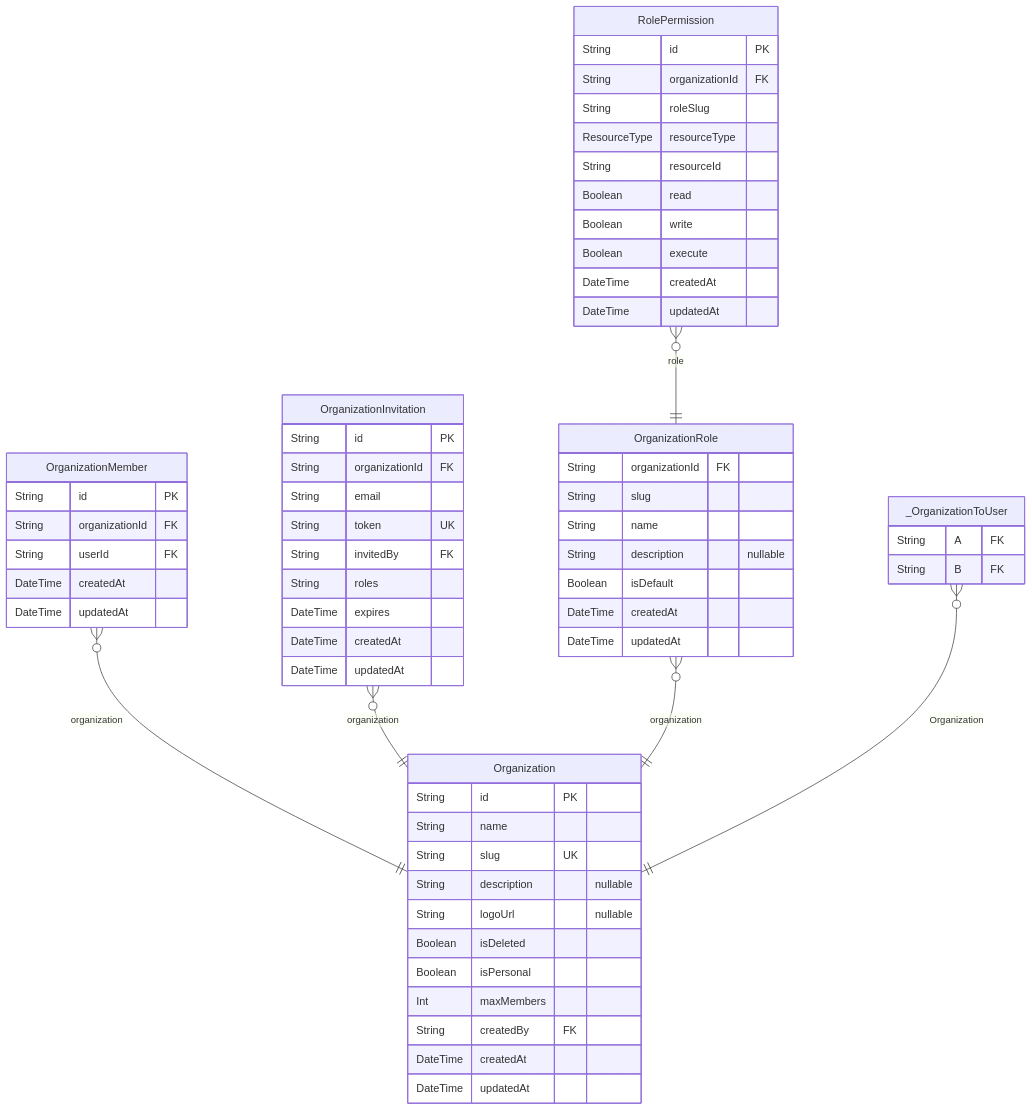
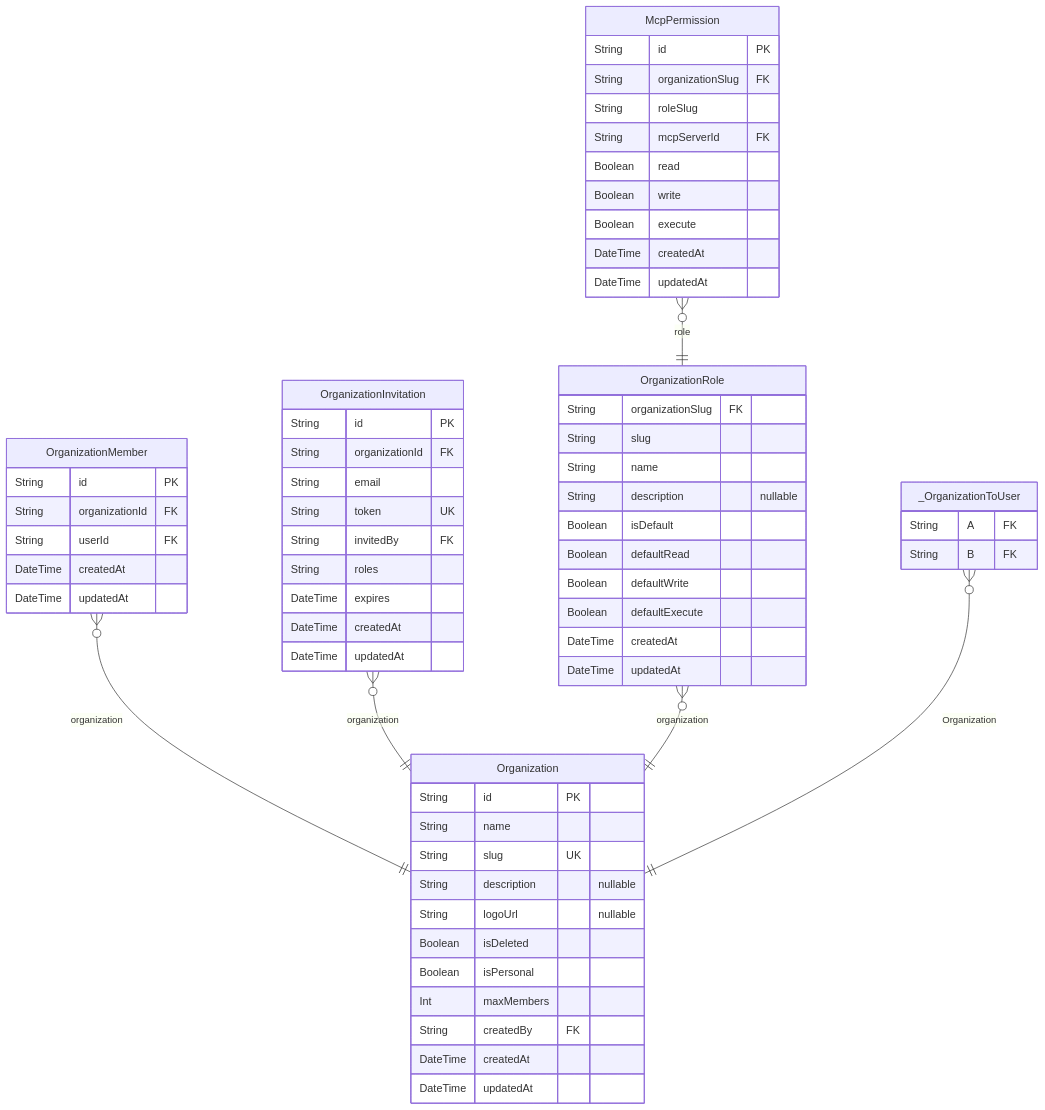
Before and after one commit to rayven122/tumiki: the fifth of 9 diagrams in packages/db/prisma/README.md, drawn with Mermaid. The commit also changed other lines of this file and 15 other files, not shown here.

````diff
--- a/packages/db/prisma/README.md
+++ b/packages/db/prisma/README.md
@@ -306,64 +306,66 @@
 ```mermaid
 erDiagram
 "Organization" {
   String id PK
   String name
   String slug UK
   String description "nullable"
   String logoUrl "nullable"
   Boolean isDeleted
   Boolean isPersonal
   Int maxMembers
   String createdBy FK
   DateTime createdAt
   DateTime updatedAt
 }
 "OrganizationMember" {
   String id PK
   String organizationId FK
   String userId FK
   DateTime createdAt
   DateTime updatedAt
 }
 "OrganizationInvitation" {
   String id PK
   String organizationId FK
   String email
   String token UK
   String invitedBy FK
   String roles
   DateTime expires
   DateTime createdAt
   DateTime updatedAt
 }
 "OrganizationRole" {
-  String organizationId FK
+  String organizationSlug FK
   String slug
   String name
   String description "nullable"
   Boolean isDefault
+  Boolean defaultRead
+  Boolean defaultWrite
+  Boolean defaultExecute
   DateTime createdAt
   DateTime updatedAt
 }
-"RolePermission" {
+"McpPermission" {
   String id PK
-  String organizationId FK
+  String organizationSlug FK
   String roleSlug
-  ResourceType resourceType
-  String resourceId
+  String mcpServerId FK
   Boolean read
   Boolean write
   Boolean execute
   DateTime createdAt
   DateTime updatedAt
 }
 "_OrganizationToUser" {
   String A FK
   String B FK
 }
 "OrganizationMember" }o--|| "Organization" : organization
 "OrganizationInvitation" }o--|| "Organization" : organization
 "OrganizationRole" }o--|| "Organization" : organization
-"RolePermission" }o--|| "OrganizationRole" : role
+"McpPermission" }o--|| "OrganizationRole" : role
 "_OrganizationToUser" }o--|| "Organization" : Organization
 ```
````
